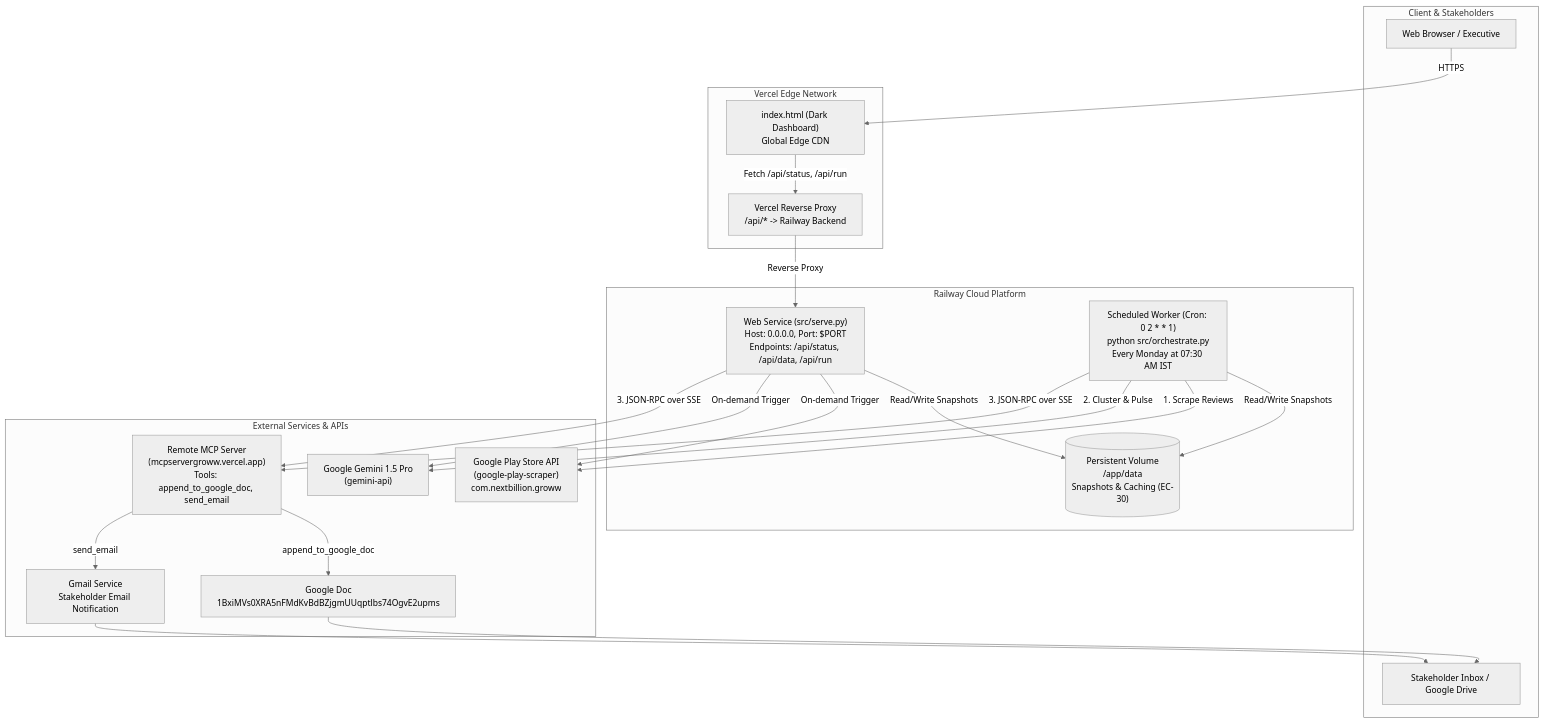
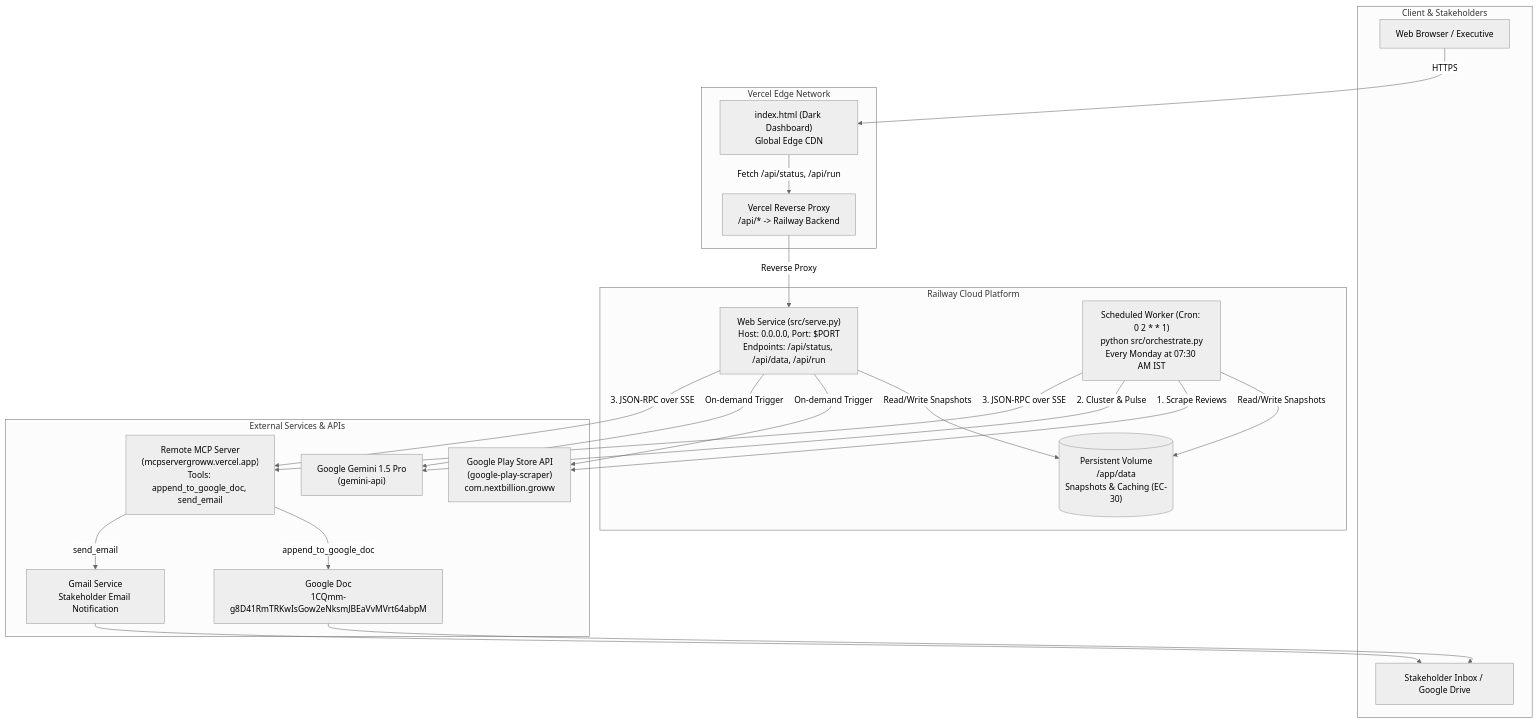
One commit to snigdhapanda1410/groww_reviews_mcp_server changed the first of 2 diagrams in docs/deployment-plan.md. Above: the diagram before and after it, drawn with Mermaid (neutral theme). The commit also changed other lines of this file and 5 other files, not shown here.

Commit message:
feat: configure user active Google Doc ID 1CQmm-g8D41RmTRKwIsGow2eNksmJBEaVvMVrt64abpM across pipeline and dashboard

````diff
--- a/docs/deployment-plan.md
+++ b/docs/deployment-plan.md
@@ -13,48 +13,48 @@
 ```mermaid
 flowchart TD
     subgraph CLIENT_TIER["Client & Stakeholders"]
         BROWSER["Web Browser / Executive"]
         STAKEHOLDER["Stakeholder Inbox / Google Drive"]
     end
 
     subgraph VERCEL_FRONTEND["Vercel Edge Network"]
         STATIC["index.html (Dark Dashboard)\nGlobal Edge CDN"]
         REWRITE["Vercel Reverse Proxy\n/api/* -> Railway Backend"]
     end
 
     subgraph RAILWAY_BACKEND["Railway Cloud Platform"]
         API["Web Service (src/serve.py)\nHost: 0.0.0.0, Port: $PORT\nEndpoints: /api/status, /api/data, /api/run"]
         CRON["Scheduled Worker (Cron: 0 2 * * 1)\npython src/orchestrate.py\nEvery Monday at 07:30 AM IST"]
         VOLUME[("Persistent Volume\n/app/data\nSnapshots & Caching (EC-30)")]
     end
 
     subgraph EXTERNAL_SERVICES["External Services & APIs"]
         PLAYSTORE["Google Play Store API\n(google-play-scraper)\ncom.nextbillion.groww"]
         GEMINI["Google Gemini 1.5 Pro\n(gemini-api)"]
         MCP_SERVER["Remote MCP Server\n(mcpservergroww.vercel.app)\nTools: append_to_google_doc, send_email"]
-        GDOC["Google Doc\n1BxiMVs0XRA5nFMdKvBdBZjgmUUqptlbs74OgvE2upms"]
+        GDOC["Google Doc\n1CQmm-g8D41RmTRKwIsGow2eNksmJBEaVvMVrt64abpM"]
         GMAIL["Gmail Service\nStakeholder Email Notification"]
     end
 
     BROWSER -->|HTTPS| STATIC
     STATIC -->|Fetch /api/status, /api/run| REWRITE
     REWRITE -->|Reverse Proxy| API
 
     API -->|Read/Write Snapshots| VOLUME
     CRON -->|Read/Write Snapshots| VOLUME
 
     CRON -->|1. Scrape Reviews| PLAYSTORE
     API -->|On-demand Trigger| PLAYSTORE
 
     CRON -->|2. Cluster & Pulse| GEMINI
     API -->|On-demand Trigger| GEMINI
 
     CRON -->|3. JSON-RPC over SSE| MCP_SERVER
     API -->|3. JSON-RPC over SSE| MCP_SERVER
 
     MCP_SERVER -->|append_to_google_doc| GDOC
     MCP_SERVER -->|send_email| GMAIL
 
     GDOC --> STAKEHOLDER
     GMAIL --> STAKEHOLDER
 ```
````
